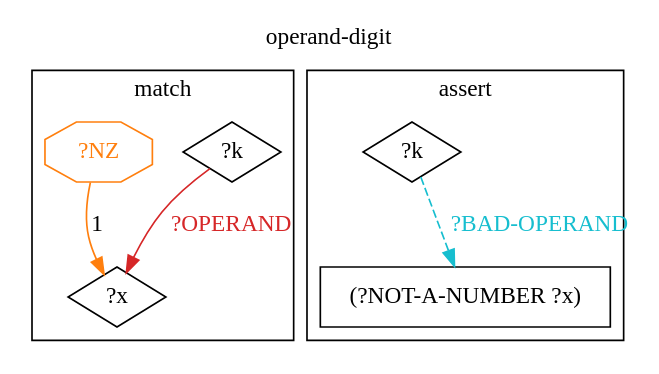
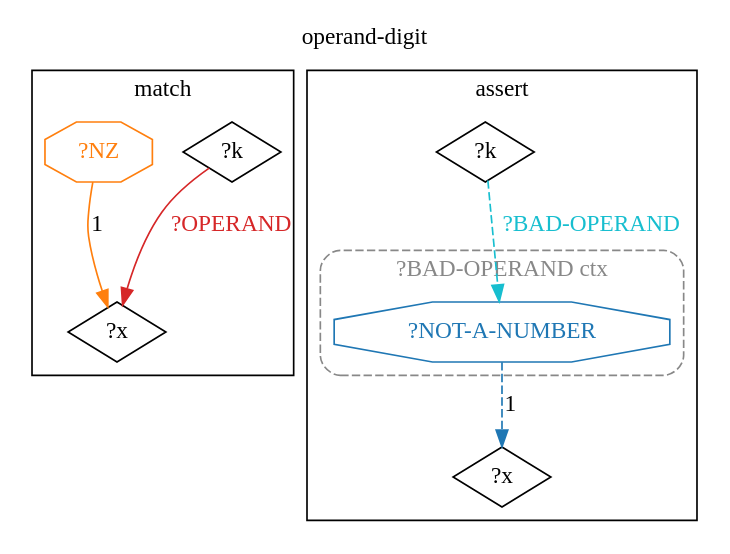
The diagram in docs/ein/user/04-reference/04-stdlib/diagrams/10-std.math.positional.operand-digit.dot (agutikov/ein), drawn with Graphviz before and after one commit. The commit also changed 691 other files, not shown here.

```diff
--- a/docs/ein/user/04-reference/04-stdlib/diagrams/10-std.math.positional.operand-digit.dot
+++ b/docs/ein/user/04-reference/04-stdlib/diagrams/10-std.math.positional.operand-digit.dot
@@ -1,16 +1,21 @@
 digraph rule_operand_digit_lhs_rhs {
   rankdir=TB;
   label="operand-digit"; labelloc=t;
   subgraph cluster_lhs { label="match";
     "?k_L" [label="?k", shape=diamond];
     "?x_L" [label="?x", shape=diamond];
     "?k_L" -> "?x_L" [label="?OPERAND", color="#d62728", fontcolor="#d62728"];
     "h1_NZ_L" [shape=octagon, label="?NZ", color="#ff7f0e", fontcolor="#ff7f0e"];
     "h1_NZ_L" -> "?x_L" [label="1", color="#ff7f0e"];
   }
   subgraph cluster_rhs { label="assert";
     "?k_R" [label="?k", shape=diamond];
-    "(?NOT-A-NUMBER ?x)_R" [label="(?NOT-A-NUMBER ?x)", shape=rectangle];
+    "?x_R" [label="?x", shape=diamond];
+    subgraph cluster_ctx_R_0 {
+      label="?BAD-OPERAND ctx"; style="dashed,rounded"; color="#888888"; fontcolor="#888888";
+      "(?NOT-A-NUMBER ?x)_R" [shape=octagon, label="?NOT-A-NUMBER", color="#1f77b4", fontcolor="#1f77b4"];
+    }
     "?k_R" -> "(?NOT-A-NUMBER ?x)_R" [label="?BAD-OPERAND", color="#17becf", fontcolor="#17becf", style=dashed];
+    "(?NOT-A-NUMBER ?x)_R" -> "?x_R" [label="1", color="#1f77b4", style=dashed];
   }
 }
```
